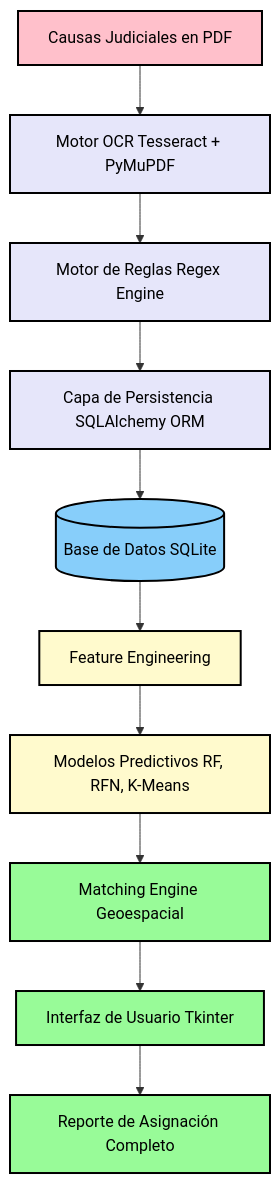
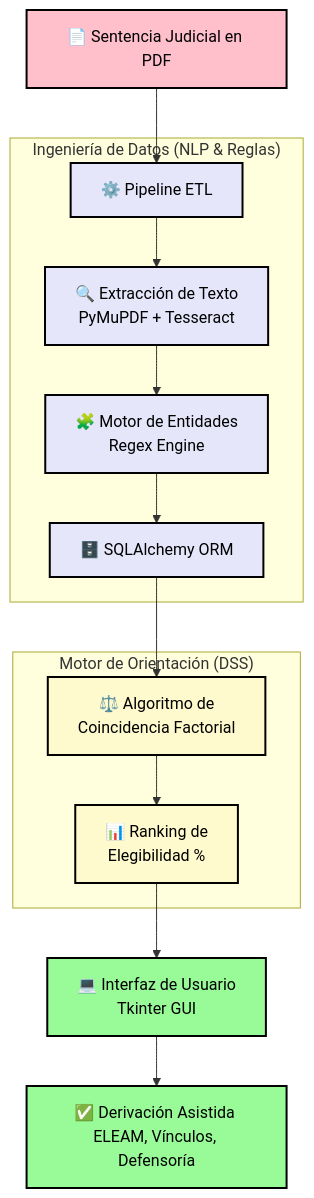
Before and after one commit to Bastian-SotoM/legal-document-etl-pipeline: the diagram in README.md, drawn with Mermaid. The commit also changed other lines of this file, not shown here.

````diff
--- a/README.md
+++ b/README.md
@@ -53,39 +18,33 @@
 ```mermaid
 graph TD
-    %% Definición de Nodos
-    PDF[Causas Judiciales en PDF]
-    OCR[Motor OCR Tesseract + PyMuPDF]
-    Regex[Motor de Reglas Regex Engine]
-    ORM[Capa de Persistencia SQLAlchemy ORM]
-    DB[(Base de Datos SQLite)]
-    FE[Feature Engineering]
-    ML[Modelos Predictivos RF, RFN, K-Means]
-    Match[Matching Engine Geoespacial]
-    App[Interfaz de Usuario Tkinter]
-    Reporte[Reporte de Asignación Completo]
+    %% Fuentes de Datos
+    PDF[📄 Sentencia Judicial en PDF] --> ETL[⚙️ Pipeline ETL]
 
-    %% Definición de Conexiones
-    PDF --> OCR
-    OCR --> Regex
-    Regex --> ORM
-    ORM --> DB
-    DB --> FE
-    FE --> ML
-    ML --> Match
-    Match --> App
-    App --> Reporte
+    %% Procesamiento
+    subgraph Procesamiento ["Ingeniería de Datos (NLP & Reglas)"]
+        ETL --> OCR[🔍 Extracción de Texto <br/>PyMuPDF + Tesseract]
+        OCR --> Regex[🧩 Motor de Entidades <br/>Regex Engine]
+        Regex --> Persistencia[🗄️ SQLAlchemy ORM]
+    end
 
-    %% Definición de Estilos de Alto Contraste (Fondo claro, Texto negro)
+    %% Motor de Decisión
+    subgraph Decision ["Motor de Orientación (DSS)"]
+        Persistencia --> Matching[⚖️ Algoritmo de <br/>Coincidencia Factorial]
+        Matching --> Ranking[📊 Ranking de <br/>Elegibilidad %]
+    end
+
+    %% Salida
+    Ranking --> UI[💻 Interfaz de Usuario <br/>Tkinter GUI]
+    UI --> Sugerencia[✅ Derivación Asistida <br/>ELEAM, Vínculos, Defensoría]
+
+    %% Estilos de Alto Contraste (Fondo claro, Texto negro)
     classDef fuente fill:#FFC0CB,stroke:#000,stroke-width:2px,color:#000;
     classDef proceso fill:#E6E6FA,stroke:#000,stroke-width:2px,color:#000;
-    classDef bd fill:#87CEFA,stroke:#000,stroke-width:2px,color:#000;
-    classDef analitica fill:#FFFACD,stroke:#000,stroke-width:2px,color:#000;
+    classDef decision fill:#FFFACD,stroke:#000,stroke-width:2px,color:#000;
     classDef salida fill:#98FB98,stroke:#000,stroke-width:2px,color:#000;
 
-    %% Asignación de Clases a Nodos
     class PDF fuente;
-    class OCR,Regex,ORM proceso;
-    class DB bd;
-    class FE,ML analitica;
-    class Match,App,Reporte salida;
+    class ETL,OCR,Regex,Persistencia proceso;
+    class Matching,Ranking decision;
+    class UI,Sugerencia salida;
 ```
````
